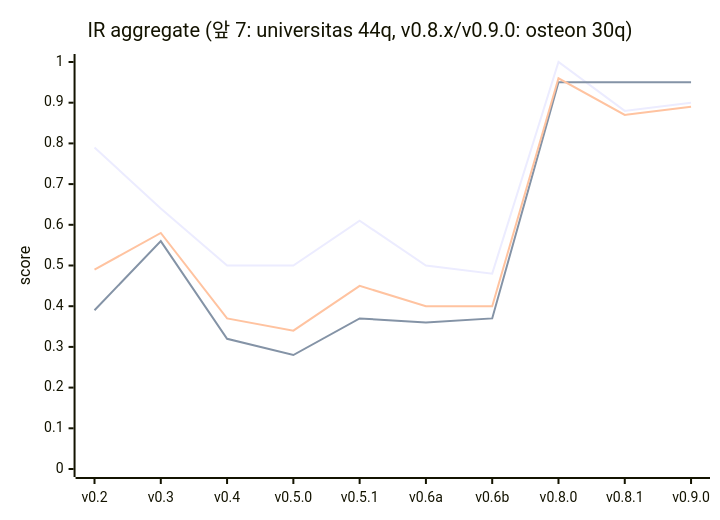
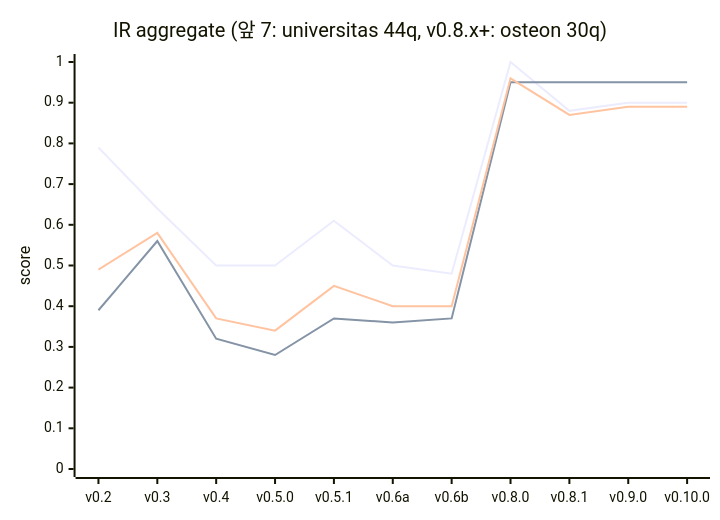
The diagram in doc/rag-test-reports/README.md (tojiuni/gopedia), drawn with Mermaid before and after one commit. The commit also changed other lines of this file and 5 other files, not shown here.

First line of the commit message:
feat(graph-context): add max_siblings / max_graph_results cap (#41)

````diff
--- a/doc/rag-test-reports/README.md
+++ b/doc/rag-test-reports/README.md
@@ -104,9 +104,9 @@
 ```mermaid
 xychart-beta
-    title "IR aggregate (앞 7: universitas 44q, v0.8.x/v0.9.0: osteon 30q)"
-    x-axis [v0.2, v0.3, v0.4, "v0.5.0", "v0.5.1", "v0.6a", "v0.6b", "v0.8.0", "v0.8.1", "v0.9.0"]
+    title "IR aggregate (앞 7: universitas 44q, v0.8.x+: osteon 30q)"
+    x-axis [v0.2, v0.3, v0.4, "v0.5.0", "v0.5.1", "v0.6a", "v0.6b", "v0.8.0", "v0.8.1", "v0.9.0", "v0.10.0"]
     y-axis "score" 0.0 --> 1.0
-    line [0.79, 0.64, 0.50, 0.50, 0.61, 0.50, 0.48, 1.00, 0.88, 0.90]
-    line [0.39, 0.56, 0.32, 0.28, 0.37, 0.36, 0.37, 0.95, 0.95, 0.95]
-    line [0.49, 0.58, 0.37, 0.34, 0.45, 0.40, 0.40, 0.96, 0.87, 0.89]
+    line [0.79, 0.64, 0.50, 0.50, 0.61, 0.50, 0.48, 1.00, 0.88, 0.90, 0.90]
+    line [0.39, 0.56, 0.32, 0.28, 0.37, 0.36, 0.37, 0.95, 0.95, 0.95, 0.95]
+    line [0.49, 0.58, 0.37, 0.34, 0.45, 0.40, 0.40, 0.96, 0.87, 0.89, 0.89]
 ```
````
